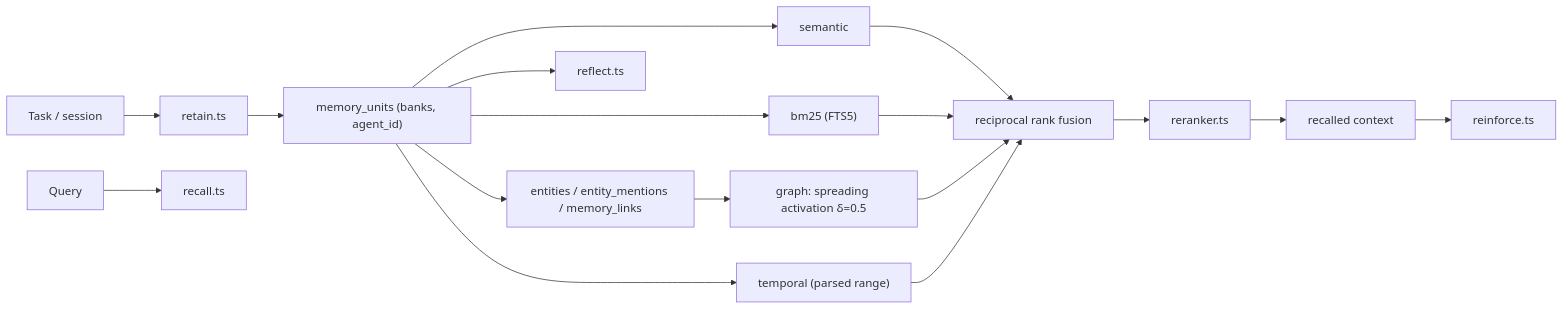
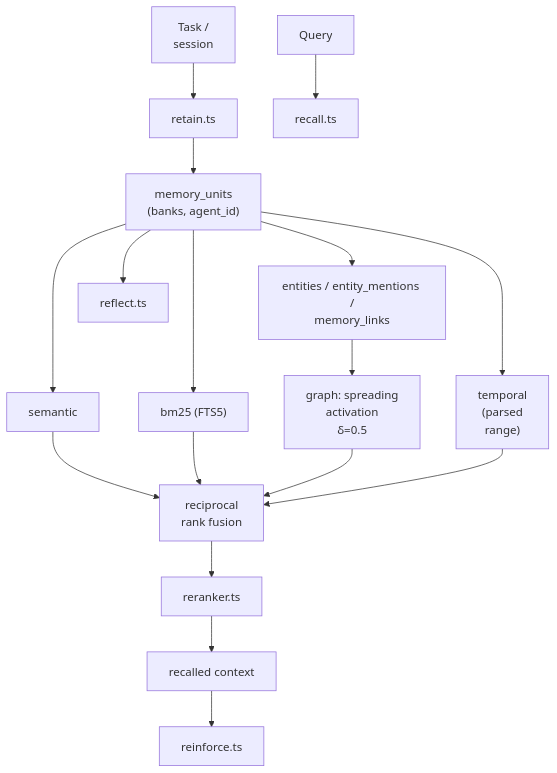
The diagram in content/systems/gini-agent.md (neoneye/agent-memory-atlas), drawn with Mermaid before and after one commit. The commit also changed 99 other files, not shown here.

First line of the commit message:
Reshape the remaining 49 diagrams so their labels are legible

````diff
--- a/content/systems/gini-agent.md
+++ b/content/systems/gini-agent.md
@@ -96,19 +96,19 @@
 ```mermaid
-flowchart LR
-  Task["Task / session"] --> Retain["retain.ts"]
-  Retain --> Units["memory_units (banks, agent_id)"]
-  Units --> Ent["entities / entity_mentions / memory_links"]
+flowchart TD
+  Task["Task /<br/>session"] --> Retain["retain.ts"]
+  Retain --> Units["memory_units<br/>(banks, agent_id)"]
+  Units --> Ent["entities / entity_mentions /<br/>memory_links"]
   Q["Query"] --> Recall["recall.ts"]
   Units --> Sem["semantic"]
   Units --> BM["bm25 (FTS5)"]
-  Ent --> Graph["graph: spreading activation δ=0.5"]
-  Units --> Temp["temporal (parsed range)"]
-  Sem --> RRF["reciprocal rank fusion"]
+  Ent --> Graph["graph: spreading<br/>activation<br/>δ=0.5"]
+  Units --> Temp["temporal<br/>(parsed<br/>range)"]
+  Sem --> RRF["reciprocal<br/>rank fusion"]
   BM --> RRF
   Graph --> RRF
   Temp --> RRF
   RRF --> Rank["reranker.ts"]
   Rank --> Ctx["recalled context"]
   Ctx --> Reinf["reinforce.ts"]
   Units --> Refl["reflect.ts"]
 ```
````
